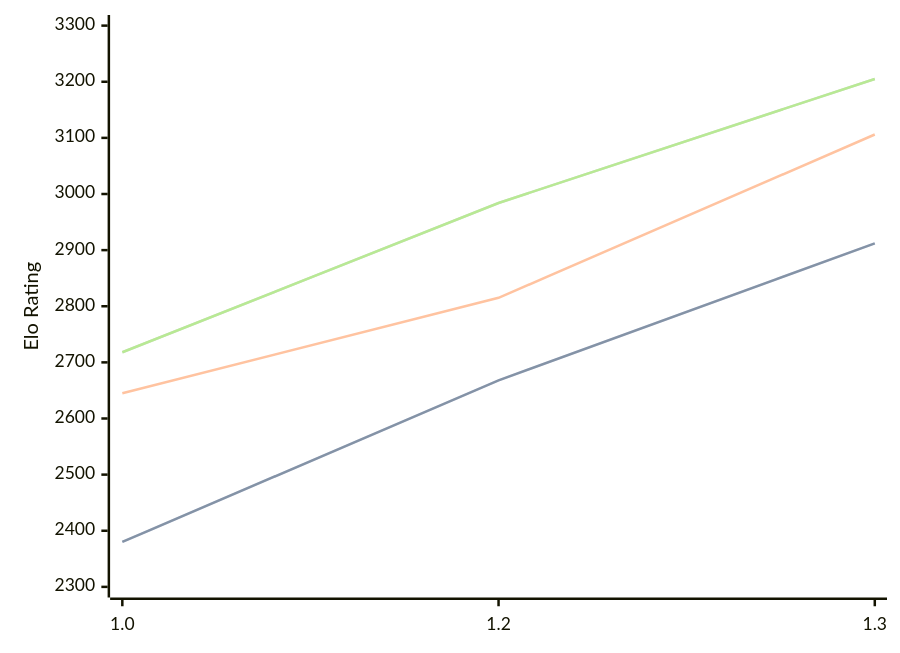
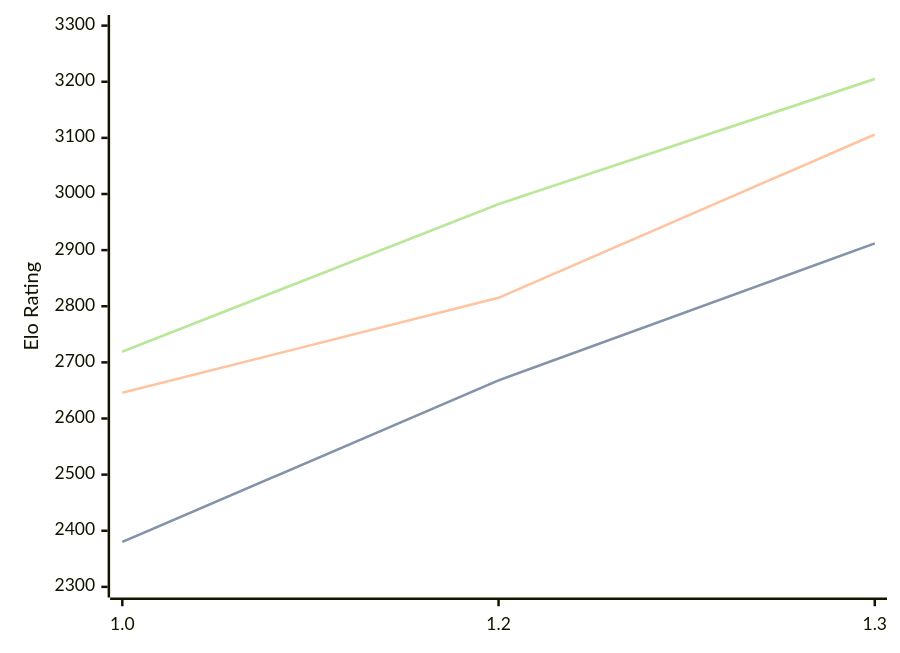
Before and after one commit to computer-chess-index/cci: the diagram in engines/Chessnix.md, drawn with Mermaid. The commit also changed other lines of this file, not shown here.

Commit message:
Update CCI Ratings (ELO VLTC) - 2026-02-19

````diff
--- a/engines/Chessnix.md
+++ b/engines/Chessnix.md
@@ -31,11 +31,11 @@
 ```mermaid
 %%{init: {"theme":"base","themeVariables":{"seriesColors:['#a3a3a3','#222221','#faa371']}}}%%
 xychart-beta
   x-axis ["1.0", "1.2", "1.3"]
   y-axis "Elo Rating" 2300 --> 3300
   line "STC (8.0+0.08s)" [2380, 2668, 2912]
   line "STC (8.0+0.08s)" [2380, 2668, 2912]
-  line "LTC (60.0+0.60s)" [2645, 2815, 3106]
-  line "VLTC (2m24s+1.12s)" [2718, 2984, 3205]
-  line "VLTC (2m24s+1.12s)" [2718, 2984, 3205]
+  line "LTC (60.0+0.60s)" [2646, 2815, 3106]
+  line "VLTC (2m24s+1.12s)" [2719, 2982, 3205]
+  line "VLTC (2m24s+1.12s)" [2719, 2982, 3205]
 ```
````
